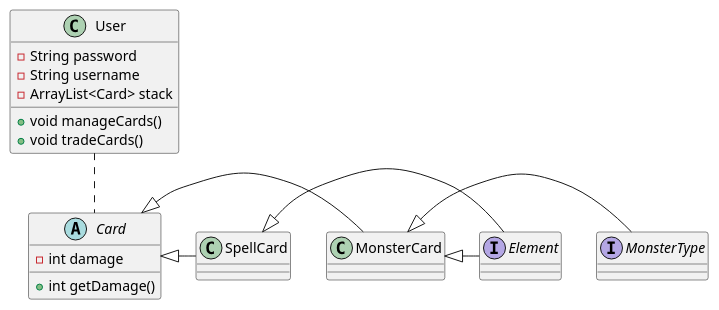
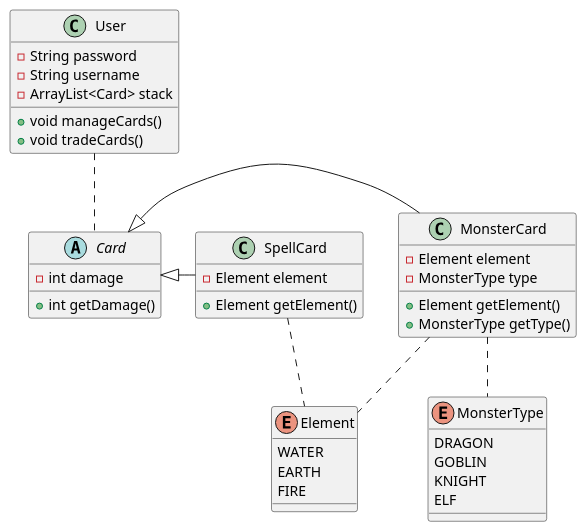
Before and after one commit to skyler544/mtcg: the diagram in documentation/mtcg.puml, drawn with PlantUML. The commit also changed 1 other file, not shown here.

```diff
--- a/documentation/mtcg.puml
+++ b/documentation/mtcg.puml
@@ -1,34 +1,52 @@
 @startuml
 
 class User {
         - String password
         - String username
         - ArrayList<Card> stack
 
         + void manageCards()
         + void tradeCards()
 }
-
-User .. Card
-
 abstract class Card {
         - int damage
 
         + int getDamage()
 }
 
-class MonsterCard {}
-class SpellCard {}
+User .. Card
+
+enum MonsterType {
+        DRAGON
+        GOBLIN
+        KNIGHT
+        ELF
+}
+enum Element {
+        WATER
+        EARTH
+        FIRE
+}
+
+class MonsterCard {
+        - Element element
+        - MonsterType type
+
+        + Element getElement()
+        + MonsterType getType()
+}
+class SpellCard {
+        - Element element
+
+        + Element getElement()
+}
 
 Card <|- MonsterCard
 Card <|- SpellCard
 
-MonsterCard <|- MonsterType
-MonsterCard <|- Element
+MonsterCard .. MonsterType
+MonsterCard .. Element
 
-SpellCard <|- Element
-
-interface MonsterType {}
-interface Element {}
+SpellCard .. Element
 
 @enduml
```
